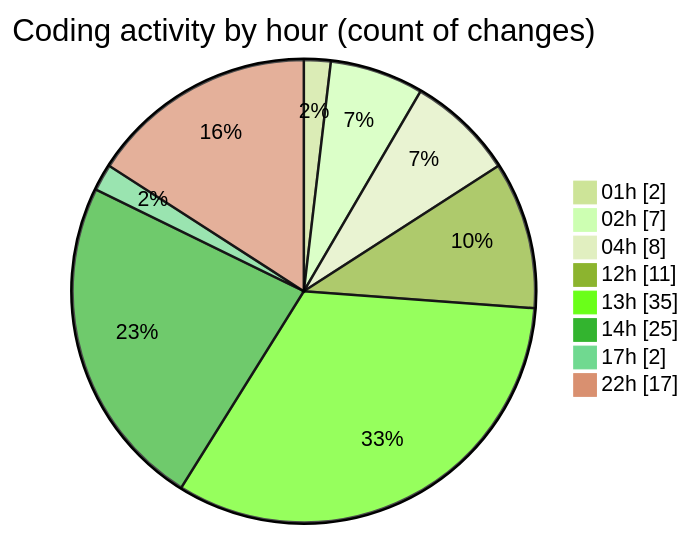
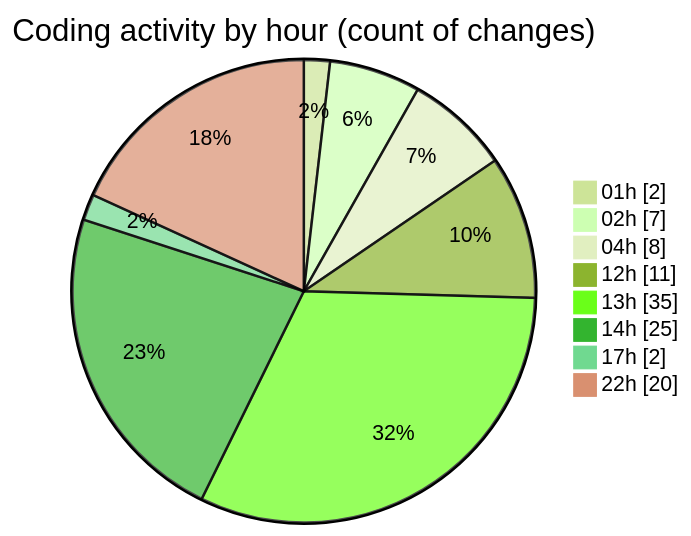
Before and after one commit to lephambinh05/code-tracking: the second of 2 diagrams in 2025-08-11/rentotp/README.md, drawn with Mermaid (forest theme). The commit also changed other lines of this file and 1 other file, not shown here.

````diff
--- a/2025-08-11/rentotp/README.md
+++ b/2025-08-11/rentotp/README.md
@@ -47,12 +47,12 @@
 ```mermaid
 pie showData
 title Coding activity by hour (count of changes)
 "01h" : 2
 "02h" : 7
 "04h" : 8
 "12h" : 11
 "13h" : 35
 "14h" : 25
 "17h" : 2
-"22h" : 17
+"22h" : 20
 ```
````
